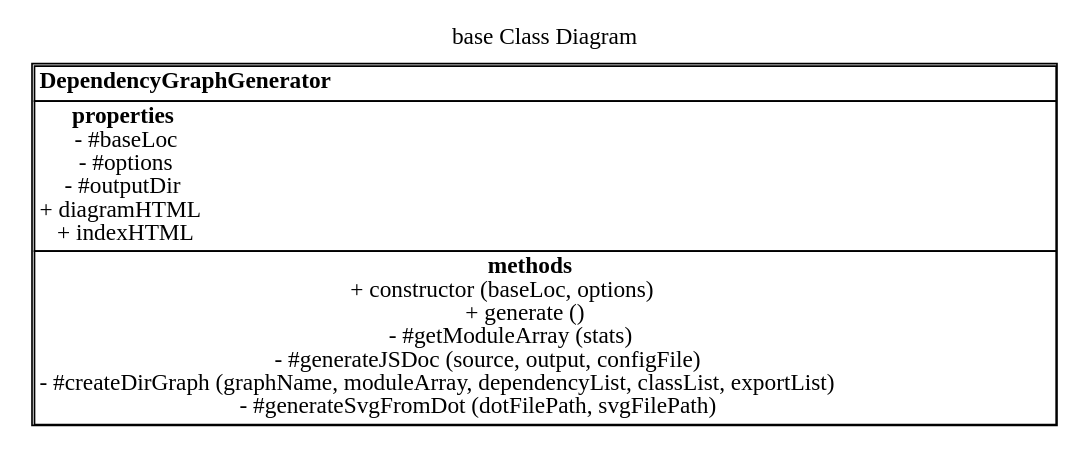
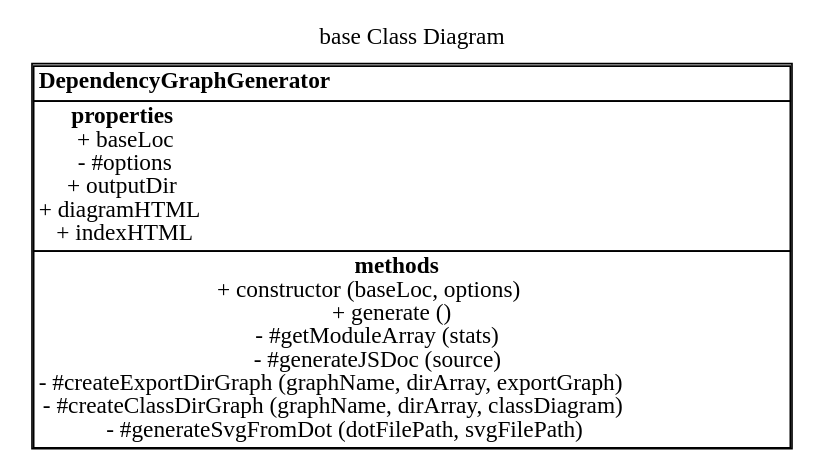
One commit to fleebe/dep-graph changed the diagram in docs/ClassDiagram.dot. Above: the diagram before and after it, drawn with Graphviz. The commit also changed 38 other files, not shown here.

```diff
--- a/docs/ClassDiagram.dot
+++ b/docs/ClassDiagram.dot
@@ -1,22 +1,23 @@
 digraph {label=" base Class Diagram";
 labelloc="t";
-"DependencyGraphGenerator"[shape = none, label =<<TABLE cellspacing="0" cellborder="1" align="left">
+"DependencyGraphGenerator" [shape = none, label =<<TABLE cellspacing="0" cellborder="1" align="left">
 <TR><TD align="left"><B>DependencyGraphGenerator</B></TD></TR>
 <TR><TD align="left"><B>properties</B><BR/>
-- #baseLoc<BR/>
++ baseLoc<BR/>
 - #options<BR/>
-- #outputDir<BR/>
++ outputDir<BR/>
 + diagramHTML<BR/>
 + indexHTML<BR/>
 </TD></TR>
 <TR><TD align="left"><B>methods</B><BR/>
 + constructor (baseLoc, options)<BR/>
 + generate ()<BR/>
 - #getModuleArray (stats)<BR/>
-- #generateJSDoc (source, output, configFile)<BR/>
-- #createDirGraph (graphName, moduleArray, dependencyList, classList, exportList)<BR/>
+- #generateJSDoc (source)<BR/>
+- #createExportDirGraph (graphName, dirArray, exportGraph)<BR/>
+- #createClassDirGraph (graphName, dirArray, classDiagram)<BR/>
 - #generateSvgFromDot (dotFilePath, svgFilePath)<BR/>
 </TD></TR>
 </TABLE>>];
 
 }
```
